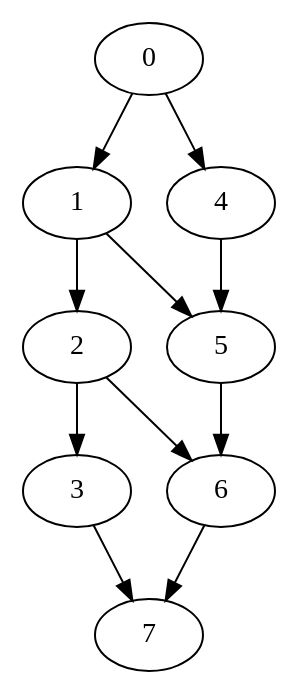
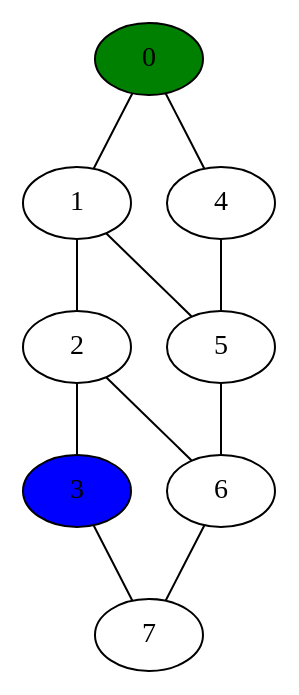
The diagram in dot/graph06b.txt.dot (nox-x/finder), drawn with Graphviz before and after one commit. The commit also changed 21 other files, not shown here.

```diff
--- a/dot/graph06b.txt.dot
+++ b/dot/graph06b.txt.dot
@@ -1,12 +1,14 @@
-digraph G {
-0 -> 1
-0 -> 4
-1 -> 2
-1 -> 5
-2 -> 3
-2 -> 6
-3 -> 7
-4 -> 5
-5 -> 6
-6 -> 7
+graph G {
+0 -- 1
+0 -- 4
+1 -- 2
+1 -- 5
+2 -- 3
+2 -- 6
+3 -- 7
+4 -- 5
+5 -- 6
+6 -- 7
+0 [fillcolor=green, style=filled]
+3 [fillcolor=blue, style=filled]
 }
```
